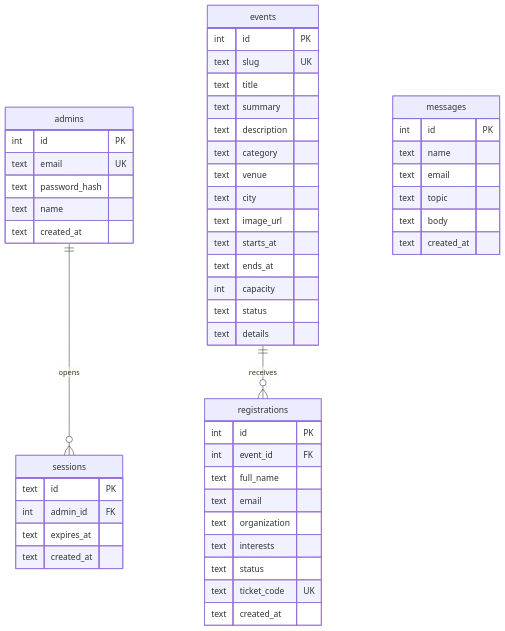
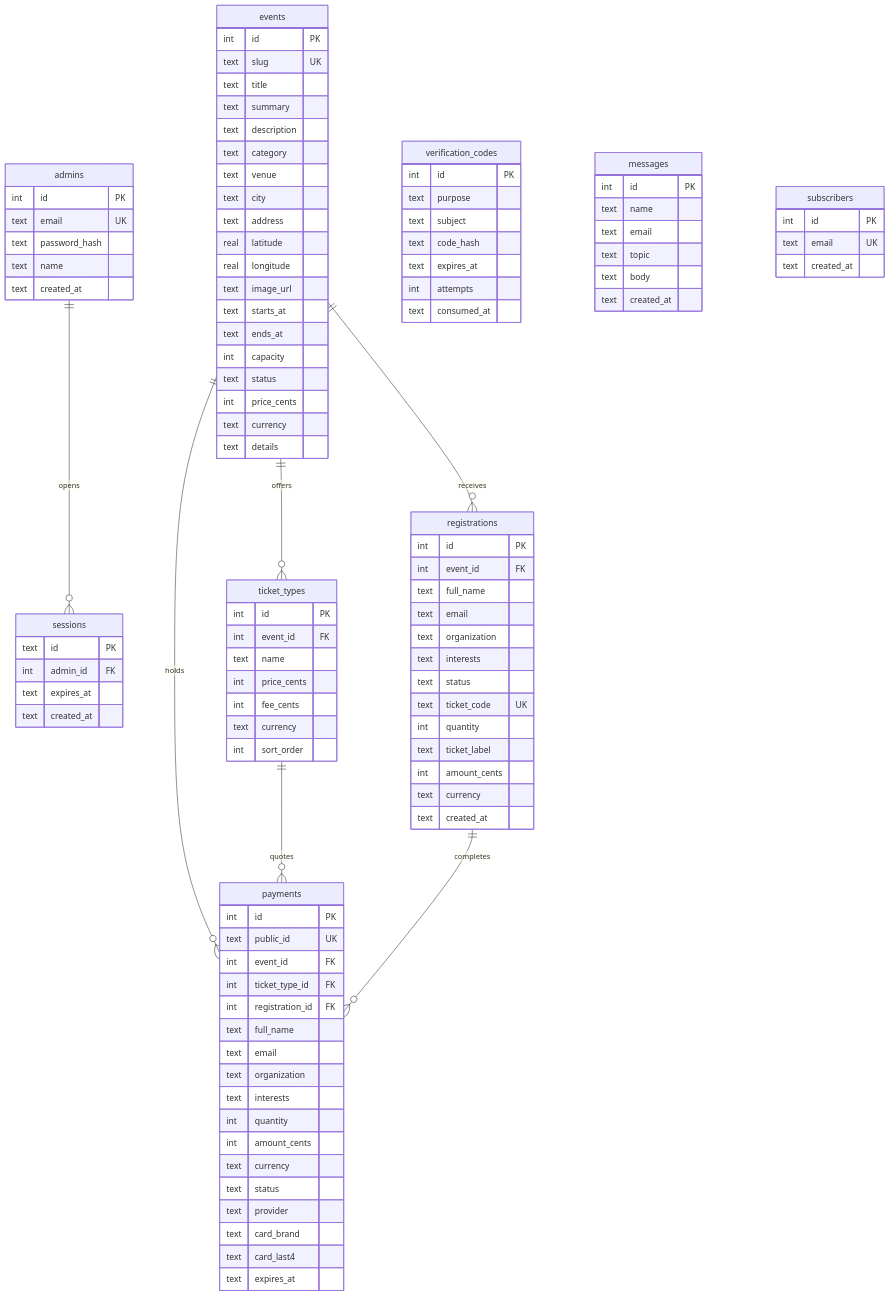
One commit to roshelpeter-cpu/Eventra changed the diagram in README.md. Above: the diagram before and after it, drawn with Mermaid. The commit also changed other lines of this file and 3 other files, not shown here.

````diff
--- a/README.md
+++ b/README.md
@@ -119,7 +123,12 @@
 ```mermaid
 erDiagram
   admins ||--o{ sessions : opens
+  events ||--o{ ticket_types : offers
   events ||--o{ registrations : receives
+  events ||--o{ payments : holds
+  ticket_types ||--o{ payments : quotes
+  registrations ||--o{ payments : completes
+
   admins {
     int id PK
     text email UK
@@ -142,12 +151,26 @@
     text category
     text venue
     text city
+    text address
+    real latitude
+    real longitude
     text image_url
     text starts_at
     text ends_at
     int capacity
     text status
+    int price_cents
+    text currency
     text details
+  }
+  ticket_types {
+    int id PK
+    int event_id FK
+    text name
+    int price_cents
+    int fee_cents
+    text currency
+    int sort_order
   }
   registrations {
     int id PK
@@ -158,7 +181,39 @@
     text interests
     text status
     text ticket_code UK
+    int quantity
+    text ticket_label
+    int amount_cents
+    text currency
     text created_at
+  }
+  payments {
+    int id PK
+    text public_id UK
+    int event_id FK
+    int ticket_type_id FK
+    int registration_id FK
+    text full_name
+    text email
+    text organization
+    text interests
+    int quantity
+    int amount_cents
+    text currency
+    text status
+    text provider
+    text card_brand
+    text card_last4
+    text expires_at
+  }
+  verification_codes {
+    int id PK
+    text purpose
+    text subject
+    text code_hash
+    text expires_at
+    int attempts
+    text consumed_at
   }
   messages {
     int id PK
@@ -168,4 +223,9 @@
     text body
     text created_at
   }
+  subscribers {
+    int id PK
+    text email UK
+    text created_at
+  }
 ```
````
